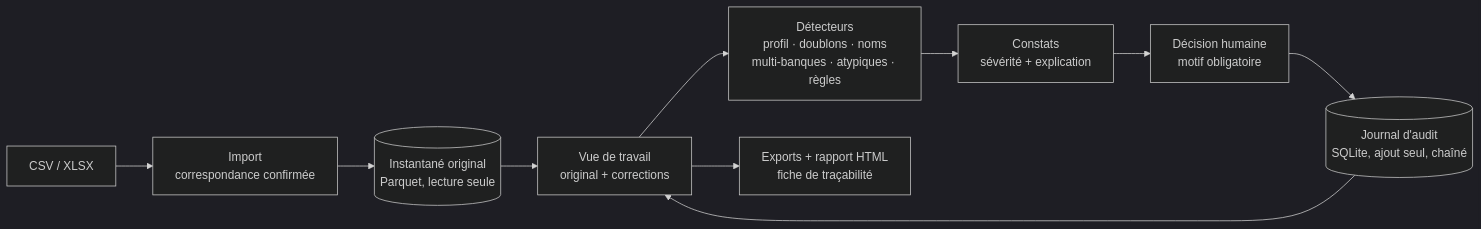
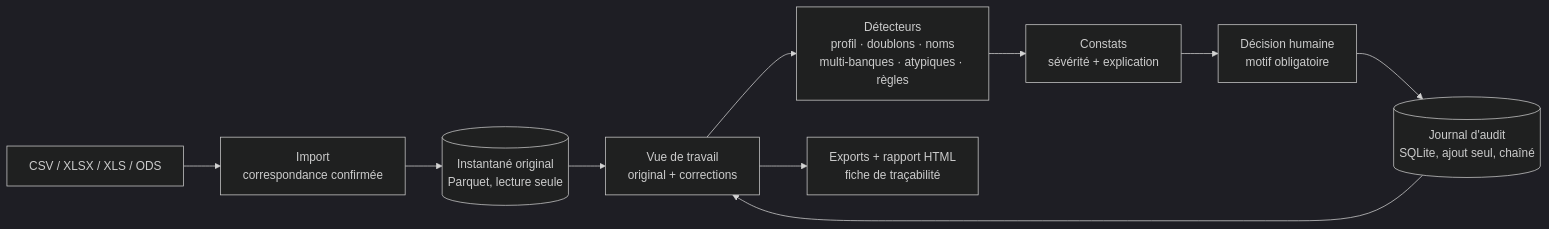
Before and after one commit to vloicmonti/sidadr-financial-anomaly-detection: the diagram in README.md, drawn with Mermaid (dark theme). The commit also changed other lines of this file and 16 other files, not shown here.

First line of the commit message:
feat: formats XLS et ODS, type de colonne corrigeable à l'import (phase 12, étape 2)

````diff
--- a/README.md
+++ b/README.md
@@ -135,12 +135,12 @@
 ```mermaid
 flowchart LR
-    F[CSV / XLSX] --> I[Import<br/>correspondance confirmée]
+    F[CSV / XLSX / XLS / ODS] --> I[Import<br/>correspondance confirmée]
     I --> S[(Instantané original<br/>Parquet, lecture seule)]
     S --> W[Vue de travail<br/>original + corrections]
     W --> D[Détecteurs<br/>profil · doublons · noms<br/>multi-banques · atypiques · règles]
     D --> C[Constats<br/>sévérité + explication]
     C --> H[Décision humaine<br/>motif obligatoire]
     H --> J[(Journal d'audit<br/>SQLite, ajout seul, chaîné)]
     J --> W
     W --> E[Exports + rapport HTML<br/>fiche de traçabilité]
 ```
````
